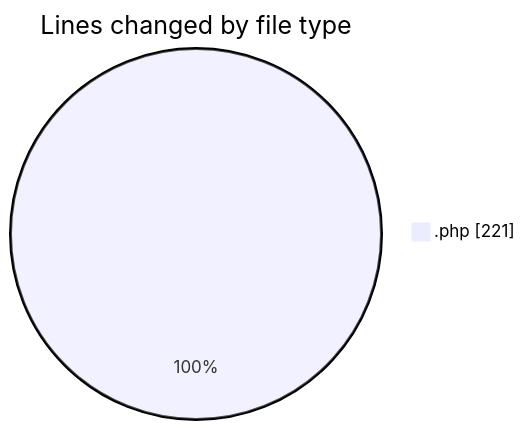
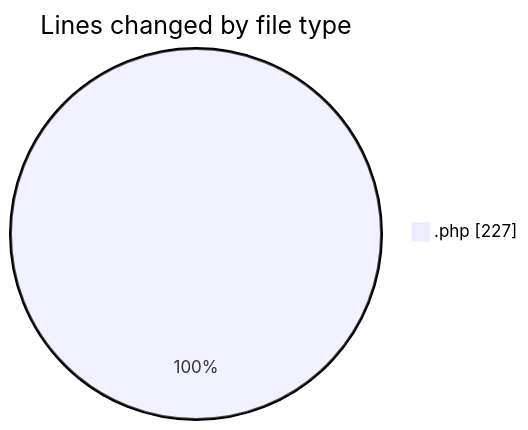
Before and after one commit to LanceThiago/code-tracking: the first of 2 diagrams in 2025-09-16/totem2/README.md, drawn with Mermaid. The commit also changed other lines of this file and 1 other file, not shown here.

````diff
--- a/2025-09-16/totem2/README.md
+++ b/2025-09-16/totem2/README.md
@@ -21,5 +21,5 @@
 ```mermaid
 pie showData
 title Lines changed by file type
-".php" : 221
+".php" : 227
 ```
````
